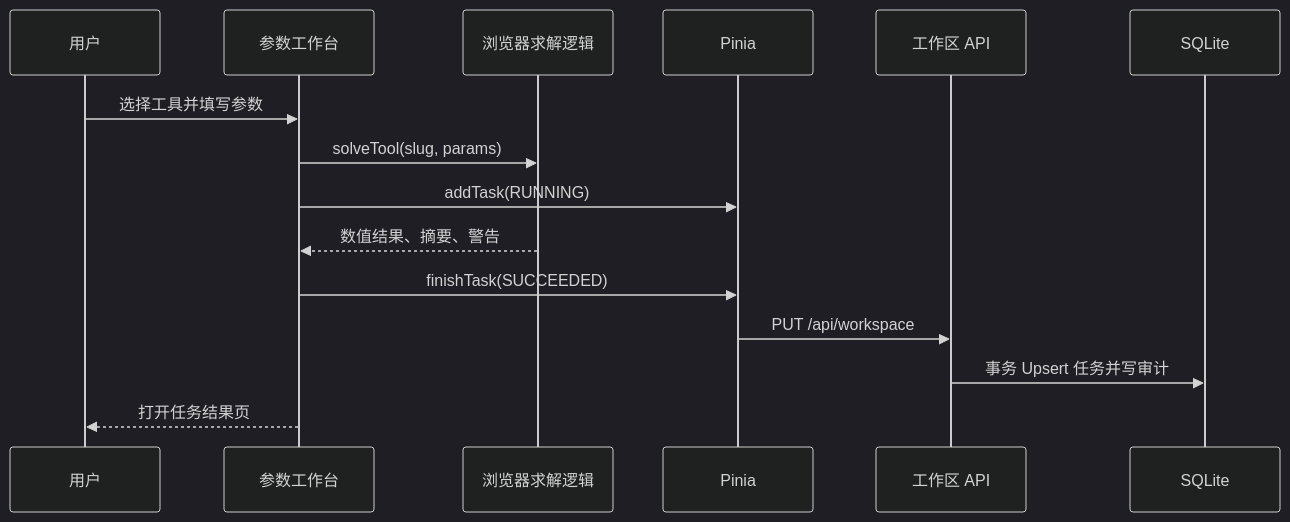
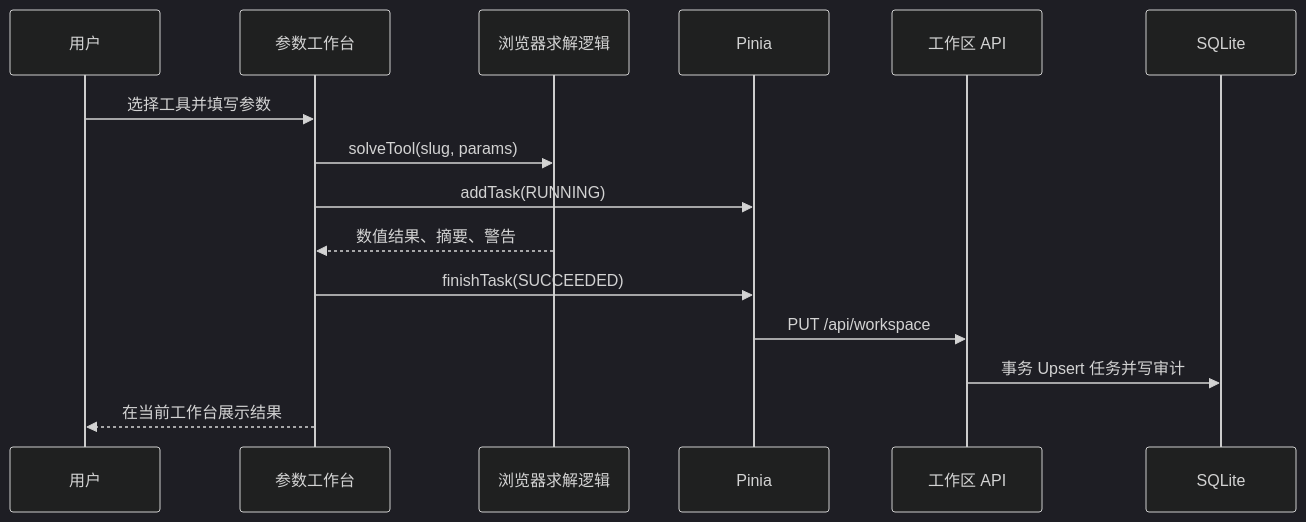
The third of 4 diagrams in docs/SITE_LOGIC_AND_FEATURES.md (D-cheney/cfdsolve), drawn with Mermaid (dark theme) before and after one commit. The commit also changed other lines of this file and 7 other files, not shown here.

````diff
--- a/docs/SITE_LOGIC_AND_FEATURES.md
+++ b/docs/SITE_LOGIC_AND_FEATURES.md
@@ -254,17 +254,17 @@
 ```mermaid
 sequenceDiagram
   participant U as 用户
   participant P as 参数工作台
   participant S as 浏览器求解逻辑
   participant Store as Pinia
   participant API as 工作区 API
   participant DB as SQLite
   U->>P: 选择工具并填写参数
   P->>S: solveTool(slug, params)
   P->>Store: addTask(RUNNING)
   S-->>P: 数值结果、摘要、警告
   P->>Store: finishTask(SUCCEEDED)
   Store->>API: PUT /api/workspace
   API->>DB: 事务 Upsert 任务并写审计
-  P-->>U: 打开任务结果页
+  P-->>U: 在当前工作台展示结果
 ```
````
